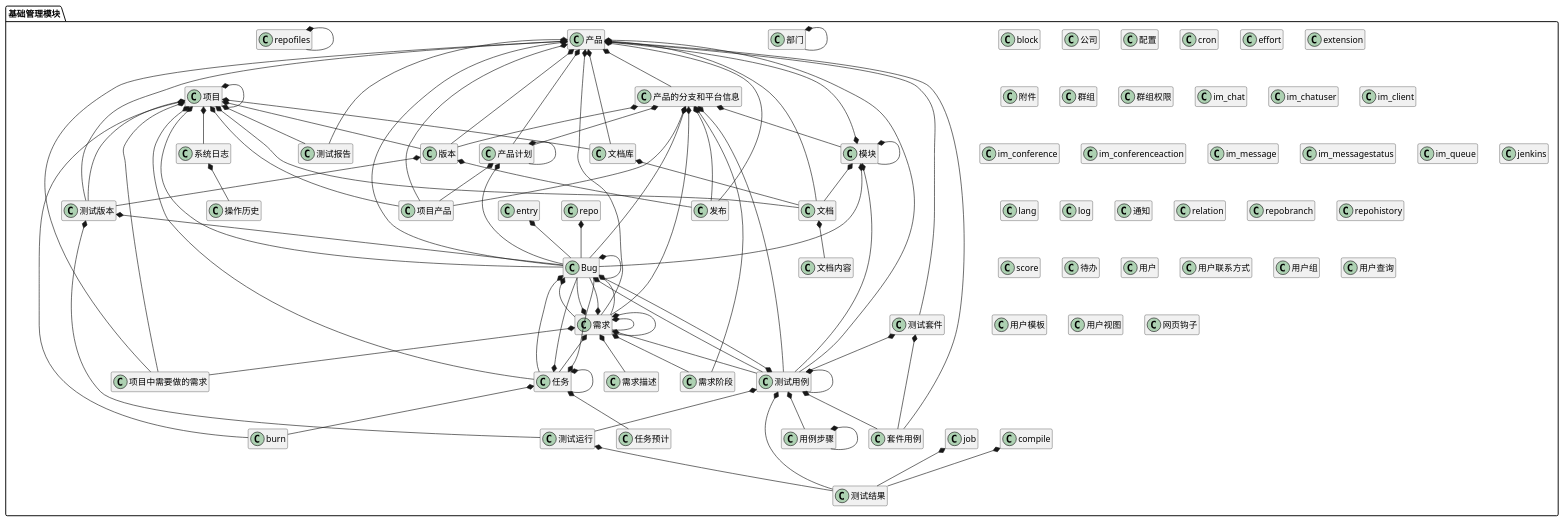
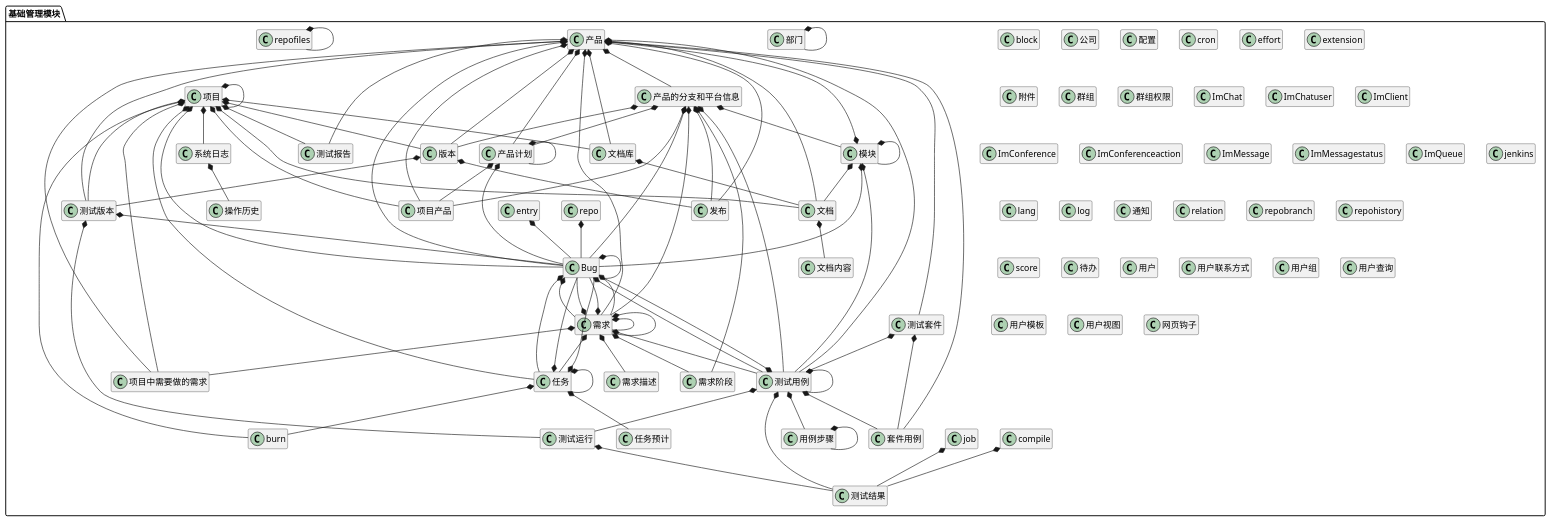
One commit to zj335841911/nt_chandao changed the second of 7 diagrams in ibizpms-docs/src/main/doc/v1/module/module_index.md. Above: the diagram before and after it, drawn with PlantUML. The commit also changed 86 other files, not shown here.

```diff
--- a/ibizpms-docs/src/main/doc/v1/module/module_index.md
+++ b/ibizpms-docs/src/main/doc/v1/module/module_index.md
@@ -217,28 +217,28 @@
 class 操作历史 {
 }
 
-class im_chat {
+class ImChat {
 }
 
-class im_chatuser {
+class ImChatuser {
 }
 
-class im_client {
+class ImClient {
 }
 
-class im_conference {
+class ImConference {
 }
 
-class im_conferenceaction {
+class ImConferenceaction {
 }
 
-class im_message {
+class ImMessage {
 }
 
-class im_messagestatus {
+class ImMessagestatus {
 }
 
-class im_queue {
+class ImQueue {
 }
 
 class jenkins {
```
